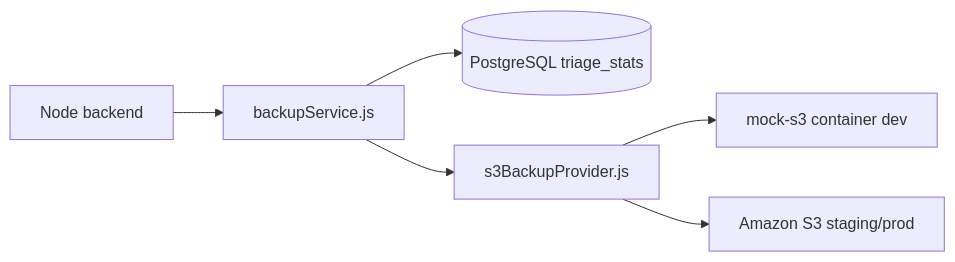
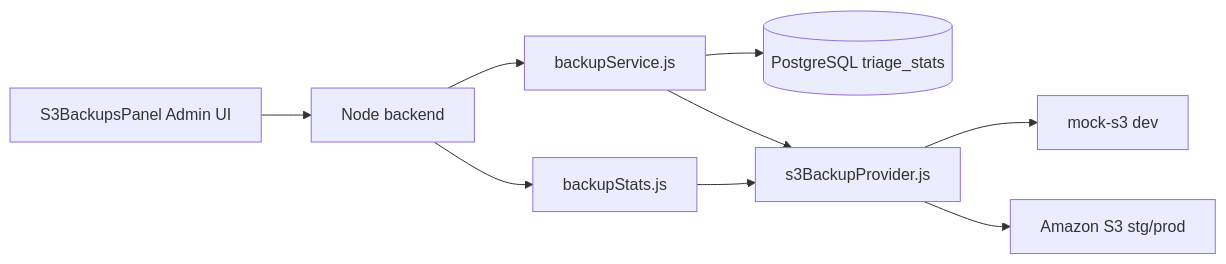
One commit to OferElboher/suspicious-email-triage changed the diagram in docs/ops_guide_s3_backups.md. Above: the diagram before and after it, drawn with Mermaid. The commit also changed other lines of this file and 29 other files, not shown here.

First line of the commit message:
Add S3 backup stats UI and expand Prefect/dbt documentation.

````diff
--- a/docs/ops_guide_s3_backups.md
+++ b/docs/ops_guide_s3_backups.md
@@ -35,8 +38,20 @@
 ```mermaid
 flowchart LR
-  API[Node backend] --> BS[backupService.js]
-  BS --> PG[(PostgreSQL triage_stats)]
-  BS --> SP[s3BackupProvider.js]
-  SP --> Mock[mock-s3 container dev]
-  SP --> S3[Amazon S3 staging/prod]
+  UI[S3BackupsPanel Admin UI]
+  API[Node backend]
+  BS[backupService.js]
+  ST[backupStats.js]
+  SP[s3BackupProvider.js]
+  PG[(PostgreSQL triage_stats)]
+  Mock[mock-s3 dev]
+  S3[Amazon S3 stg/prod]
+
+  UI --> API
+  API --> BS
+  API --> ST
+  BS --> PG
+  BS --> SP
+  ST --> SP
+  SP --> Mock
+  SP --> S3
 ```
````
